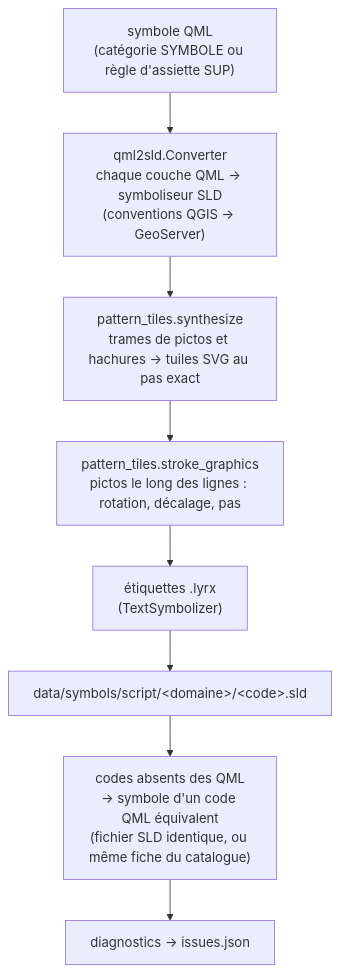
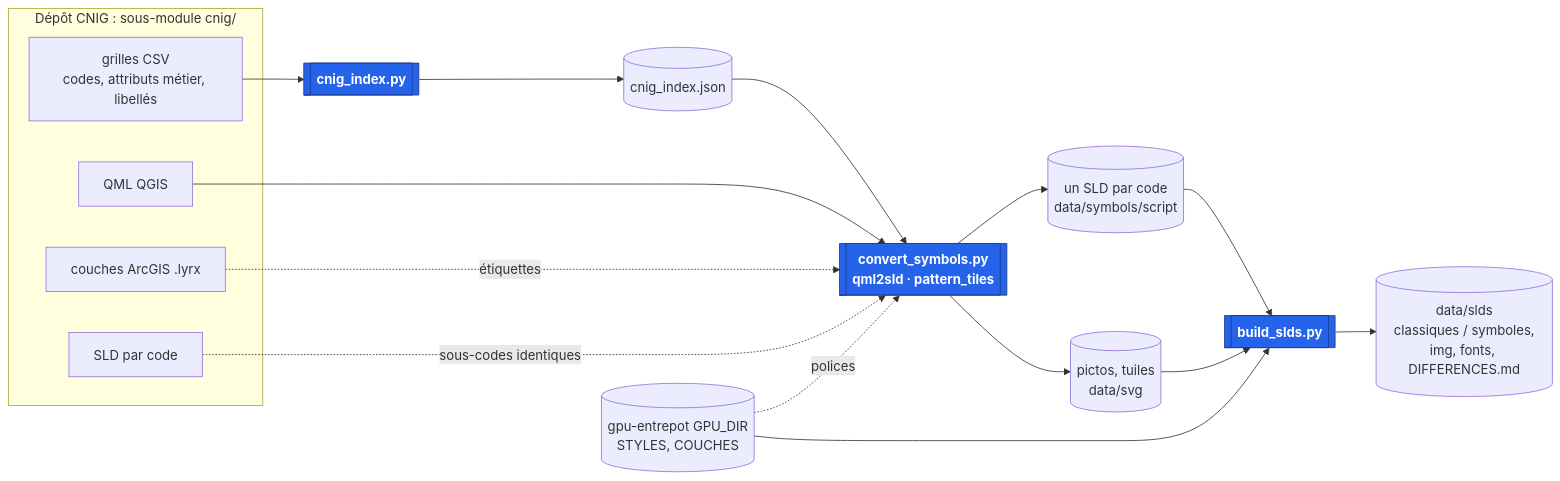
The diagram in docs/chaine.md (floriancerizay/sg5-to-gpu), drawn with Mermaid before and after one commit. The commit also changed other lines of this file and 17 other files, not shown here.

````diff
--- a/docs/chaine.md
+++ b/docs/chaine.md
@@ -35,10 +5,26 @@
 ```mermaid
-flowchart TD
-  A["symbole QML<br>(catégorie SYMBOLE ou règle d'assiette SUP)"] --> B["qml2sld.Converter<br>chaque couche QML → symboliseur SLD<br>(conventions QGIS → GeoServer)"]
-  B --> C["pattern_tiles.synthesize<br>trames de pictos et hachures → tuiles SVG au pas exact"]
-  C --> D["pattern_tiles.stroke_graphics<br>pictos le long des lignes : rotation, décalage, pas"]
-  D --> E["étiquettes .lyrx<br>(TextSymbolizer)"]
-  E --> F["data/symbols/script/&lt;domaine&gt;/&lt;code&gt;.sld"]
-  F --> G["codes absents des QML<br>→ symbole d'un code QML équivalent<br>(fichier SLD identique, ou même fiche du catalogue)"]
-  G --> H["diagnostics → issues.json"]
+flowchart LR
+  subgraph CNIG["Dépôt CNIG : sous-module cnig/"]
+    G[grilles CSV<br>codes, attributs métier, libellés]
+    Q[QML QGIS]
+    L[couches ArcGIS .lyrx]
+    S[SLD par code]
+  end
+  PROD[(gpu-entrepot GPU_DIR<br>STYLES, COUCHES)]
+
+  G --> I[[cnig_index.py]] --> IDX[(cnig_index.json)]
+  IDX --> C[[convert_symbols.py<br>qml2sld · pattern_tiles]]
+  Q --> C
+  L -. étiquettes .-> C
+  S -. sous-codes identiques .-> C
+  PROD -. polices .-> C
+  C --> SLD[(un SLD par code<br>data/symbols/script)]
+  C --> SVG[(pictos, tuiles<br>data/svg)]
+  SLD --> B[[build_slds.py]]
+  SVG --> B
+  PROD --> B
+  B --> OUT[(data/slds<br>classiques / symboles,<br>img, fonts, DIFFERENCES.md)]
+
+  classDef script fill:#2563eb,stroke:#1e3a8a,color:#fff,font-weight:bold
+  class I,C,B script
 ```
````
